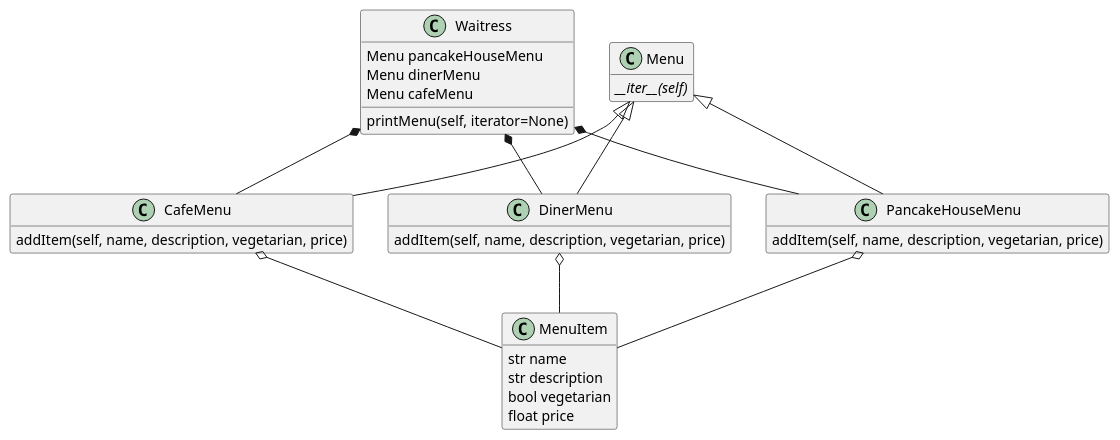
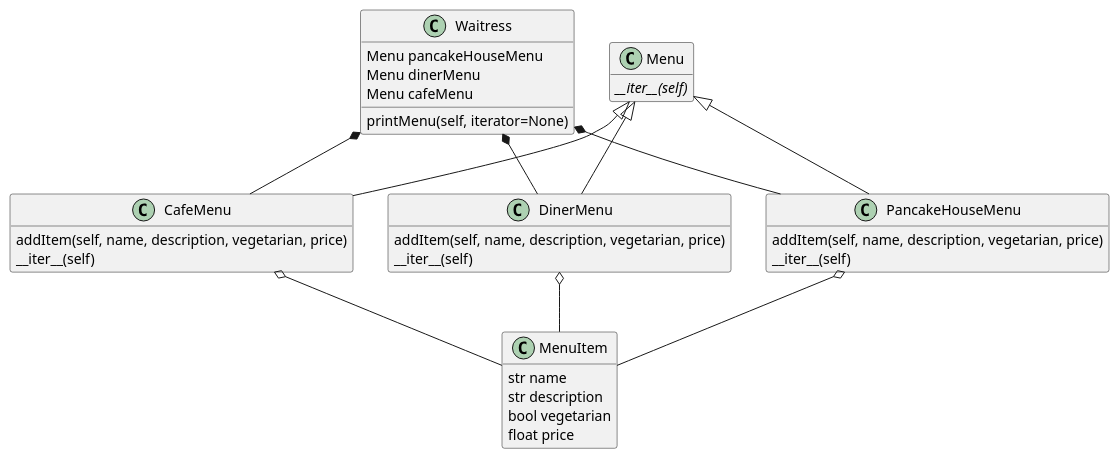
The diagram in 09_IteratorPattern/IteratorPattern.puml (gama79530/DesignPattern), drawn with PlantUML before and after one commit. The commit also changed 1 other file, not shown here.

```diff
--- a/09_IteratorPattern/IteratorPattern.puml
+++ b/09_IteratorPattern/IteratorPattern.puml
@@ -1,47 +1,50 @@
 @startuml IteratorPattern
 
 hide empty members
 
 class Waitress{
     Menu pancakeHouseMenu
     Menu dinerMenu
     Menu cafeMenu
     printMenu(self, iterator=None)
 }
 
 class Menu{
     {abstract} __iter__(self)
 }
 
 class CafeMenu{
     addItem(self, name, description, vegetarian, price)
+    __iter__(self)
 }
 
 class DinerMenu{
     addItem(self, name, description, vegetarian, price)
+    __iter__(self)
 }
 
 class PancakeHouseMenu{
     addItem(self, name, description, vegetarian, price)
+    __iter__(self)
 }
 
 class MenuItem{
     str name
     str description
     bool vegetarian
     float price
 }
 
 Menu <|-- CafeMenu
 Menu <|-- DinerMenu
 Menu <|-- PancakeHouseMenu
 
 Waitress *-- CafeMenu
 Waitress *-- DinerMenu
 Waitress *-- PancakeHouseMenu
 
 CafeMenu o-- MenuItem
 DinerMenu o-- MenuItem
 PancakeHouseMenu o-- MenuItem
 
 @enduml
```
